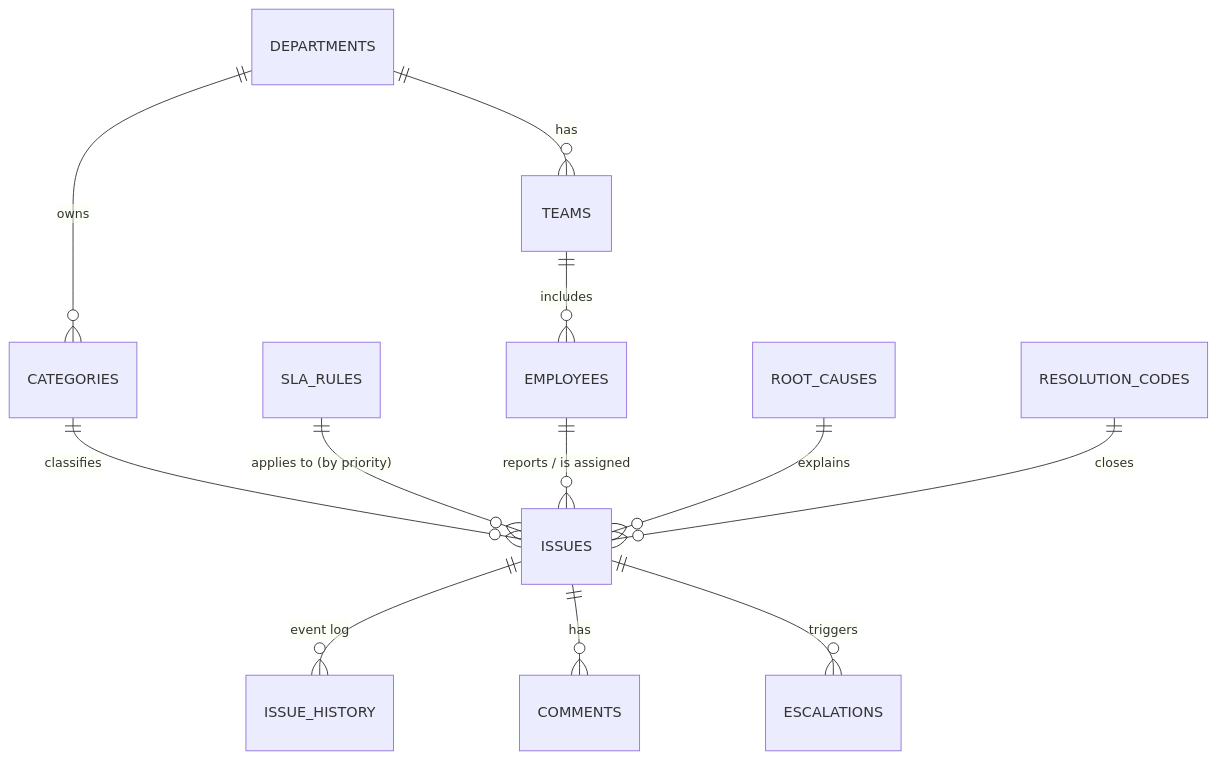
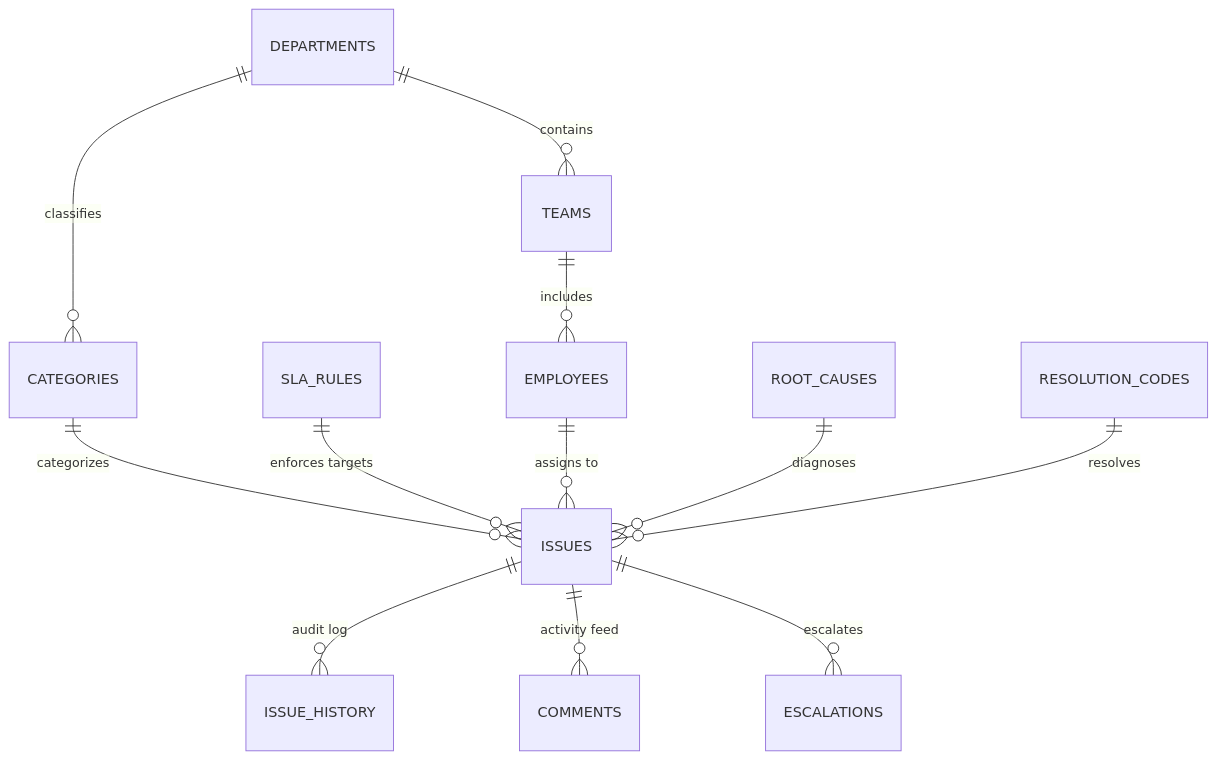
The second of 2 diagrams in README.md (efehakanyildiz/opsinsight-power-platform), drawn with Mermaid before and after one commit. The commit also changed other lines of this file and 15 other files, not shown here.

````diff
--- a/README.md
+++ b/README.md
@@ -73,14 +82,14 @@
 ```mermaid
 erDiagram
-    DEPARTMENTS ||--o{ TEAMS : has
-    DEPARTMENTS ||--o{ CATEGORIES : owns
+    DEPARTMENTS ||--o{ TEAMS : contains
+    DEPARTMENTS ||--o{ CATEGORIES : classifies
     TEAMS ||--o{ EMPLOYEES : includes
-    CATEGORIES ||--o{ ISSUES : classifies
-    SLA_RULES ||--o{ ISSUES : "applies to (by priority)"
-    EMPLOYEES ||--o{ ISSUES : "reports / is assigned"
-    ROOT_CAUSES ||--o{ ISSUES : explains
-    RESOLUTION_CODES ||--o{ ISSUES : closes
-    ISSUES ||--o{ ISSUE_HISTORY : "event log"
-    ISSUES ||--o{ COMMENTS : has
-    ISSUES ||--o{ ESCALATIONS : triggers
+    CATEGORIES ||--o{ ISSUES : categorizes
+    SLA_RULES ||--o{ ISSUES : "enforces targets"
+    EMPLOYEES ||--o{ ISSUES : "assigns to"
+    ROOT_CAUSES ||--o{ ISSUES : diagnoses
+    RESOLUTION_CODES ||--o{ ISSUES : resolves
+    ISSUES ||--o{ ISSUE_HISTORY : "audit log"
+    ISSUES ||--o{ COMMENTS : "activity feed"
+    ISSUES ||--o{ ESCALATIONS : escalates
 ```
````
